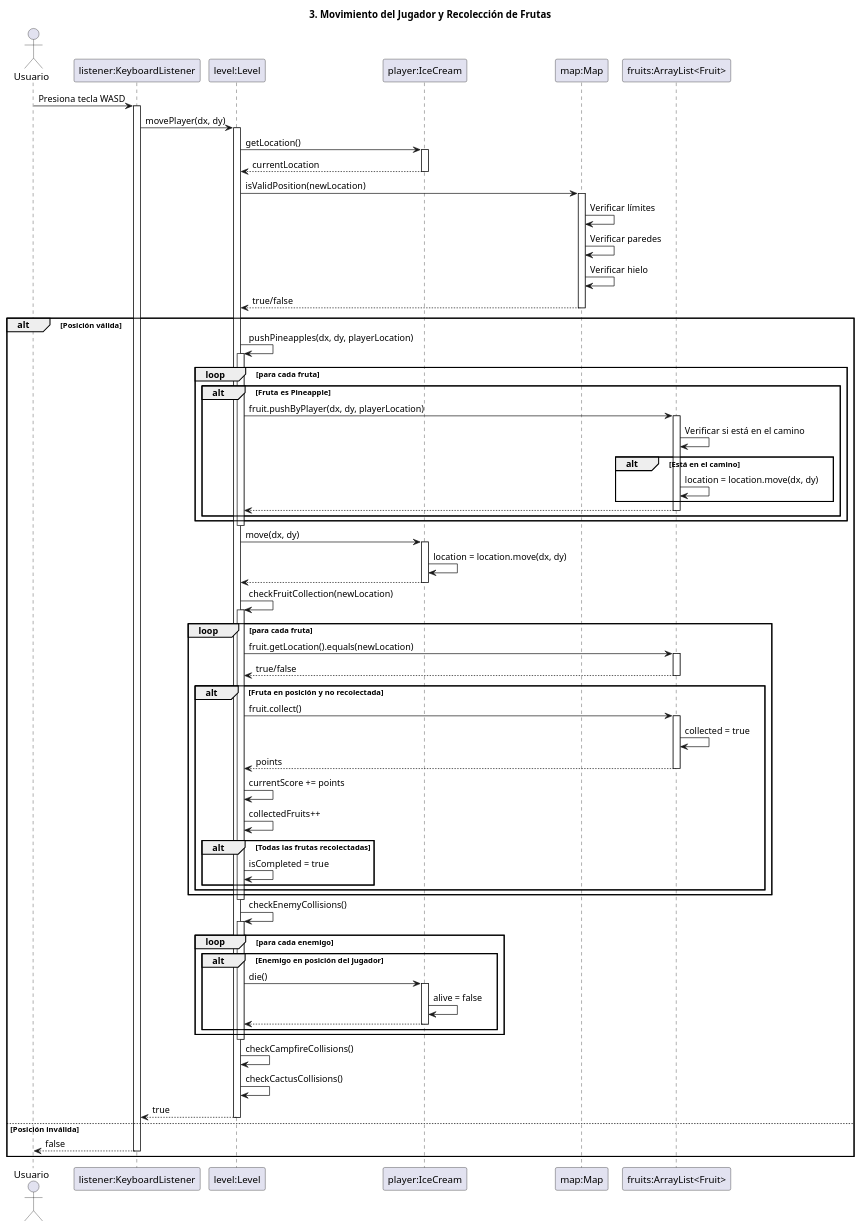
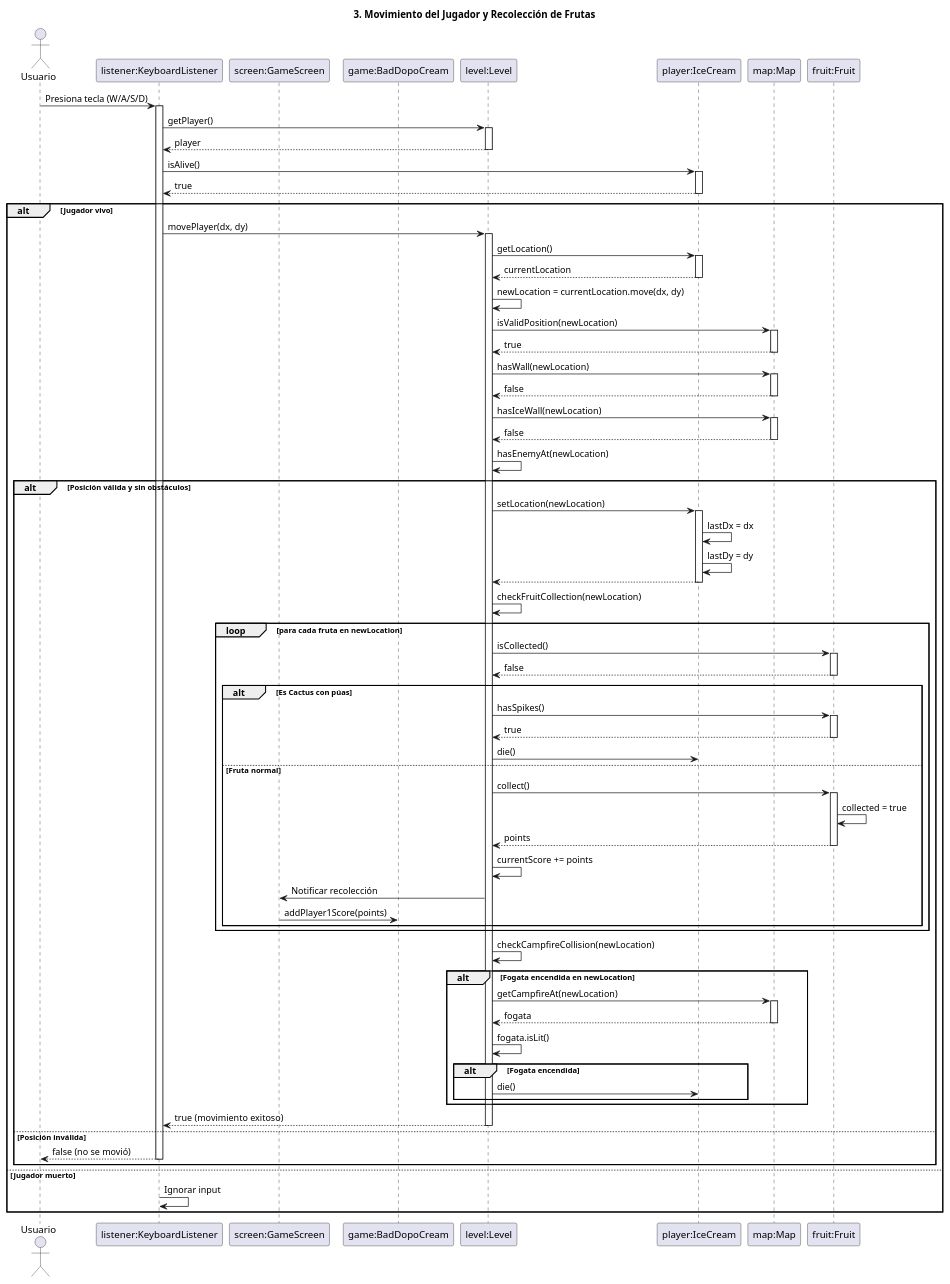
One commit to AnotherCreatorAnonymous/BadDopocream changed the fourth of 11 diagrams in docs/sequence-diagrams.puml. Above: the diagram before and after it, drawn with PlantUML. The commit also changed other lines of this file and 146 other files, not shown here.

Commit message:
Proyecto Bad Dopo Cream completo - 4 modos de juego, IA de enemigos y jugadores, sistema de puntajes y highscores, 95 tests JUnit, diagramas PlantUML actualizados

```diff
--- a/docs/sequence-diagrams.puml
+++ b/docs/sequence-diagrams.puml
@@ -181,100 +223,108 @@
 @startuml 03_Movimiento_Recoleccion
 
 title 3. Movimiento del Jugador y Recolección de Frutas
 
 actor Usuario
 participant "listener:KeyboardListener" as Listener
+participant "screen:GameScreen" as Screen
+participant "game:BadDopoCream" as Game
 participant "level:Level" as Level
 participant "player:IceCream" as Player
 participant "map:Map" as Map
-participant "fruits:ArrayList<Fruit>" as Fruits
+participant "fruit:Fruit" as Fruit
 
-Usuario -> Listener: Presiona tecla WASD
+Usuario -> Listener: Presiona tecla (W/A/S/D)
 activate Listener
 
-Listener -> Level: movePlayer(dx, dy)
+Listener -> Level: getPlayer()
 activate Level
+return player
 
-Level -> Player: getLocation()
+Listener -> Player: isAlive()
 activate Player
-return currentLocation
+return true
 
-Level -> Map: isValidPosition(newLocation)
-activate Map
-Map -> Map: Verificar límites
-Map -> Map: Verificar paredes
-Map -> Map: Verificar hielo
-return true/false
+alt Jugador vivo
 
-alt Posición válida
-
-    Level -> Level: pushPineapples(dx, dy, playerLocation)
-    activate Level
-    loop para cada fruta
-        alt Fruta es Pineapple
-            Level -> Fruits: fruit.pushByPlayer(dx, dy, playerLocation)
-            activate Fruits
-            Fruits -> Fruits: Verificar si está en el camino
-            alt Está en el camino
-                Fruits -> Fruits: location = location.move(dx, dy)
-            end
-            return
-        end
-    end
-    deactivate Level
-    
-    Level -> Player: move(dx, dy)
-    activate Player
-    Player -> Player: location = location.move(dx, dy)
-    return
-    
-    Level -> Level: checkFruitCollection(newLocation)
+    Listener -> Level: movePlayer(dx, dy)
     activate Level
     
-    loop para cada fruta
-        Level -> Fruits: fruit.getLocation().equals(newLocation)
-        activate Fruits
-        return true/false
+    Level -> Player: getLocation()
+    activate Player
+    return currentLocation
+    
+    Level -> Level: newLocation = currentLocation.move(dx, dy)
+    
+    Level -> Map: isValidPosition(newLocation)
+    activate Map
+    return true
+    
+    Level -> Map: hasWall(newLocation)
+    activate Map
+    return false
+    
+    Level -> Map: hasIceWall(newLocation)
+    activate Map
+    return false
+    
+    Level -> Level: hasEnemyAt(newLocation)
+    
+    alt Posición válida y sin obstáculos
+    
+        Level -> Player: setLocation(newLocation)
+        activate Player
+        Player -> Player: lastDx = dx
+        Player -> Player: lastDy = dy
+        return
         
-        alt Fruta en posición y no recolectada
-            Level -> Fruits: fruit.collect()
-            activate Fruits
-            Fruits -> Fruits: collected = true
-            return points
+        Level -> Level: checkFruitCollection(newLocation)
+        
+        loop para cada fruta en newLocation
+            Level -> Fruit: isCollected()
+            activate Fruit
+            return false
             
-            Level -> Level: currentScore += points
-            Level -> Level: collectedFruits++
-            
-            alt Todas las frutas recolectadas
-                Level -> Level: isCompleted = true
+            alt Es Cactus con púas
+                Level -> Fruit: hasSpikes()
+                activate Fruit
+                return true
+                Level -> Player: die()
+            else Fruta normal
+                Level -> Fruit: collect()
+                activate Fruit
+                Fruit -> Fruit: collected = true
+                return points
+                
+                Level -> Level: currentScore += points
+                
+                Level -> Screen: Notificar recolección
+                Screen -> Game: addPlayer1Score(points)
             end
         end
+        
+        Level -> Level: checkCampfireCollision(newLocation)
+        
+        alt Fogata encendida en newLocation
+            Level -> Map: getCampfireAt(newLocation)
+            activate Map
+            return fogata
+            
+            Level -> Level: fogata.isLit()
+            alt Fogata encendida
+                Level -> Player: die()
+            end
+        end
+        
+        return true (movimiento exitoso)
+        
+    else Posición inválida
+        return false (no se movió)
     end
-    
-    deactivate Level
-    
-    Level -> Level: checkEnemyCollisions()
-    activate Level
-    loop para cada enemigo
-        alt Enemigo en posición del jugador
-            Level -> Player: die()
-            activate Player
-            Player -> Player: alive = false
-            return
-        end
-    end
-    deactivate Level
-    
-    Level -> Level: checkCampfireCollisions()
-    Level -> Level: checkCactusCollisions()
-    
-    return true
-    
-else Posición inválida
-    return false
+
+else Jugador muerto
+    Listener -> Listener: Ignorar input
 end
 
-deactivate Level
 deactivate Listener
 
 @enduml
```
